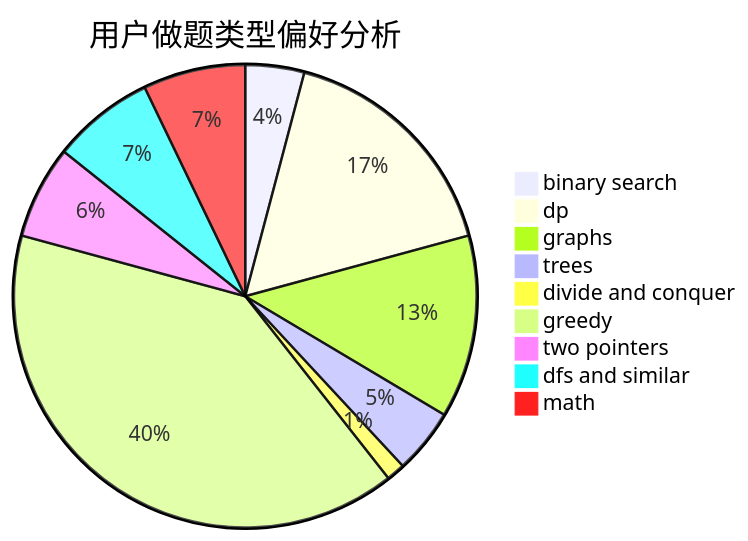
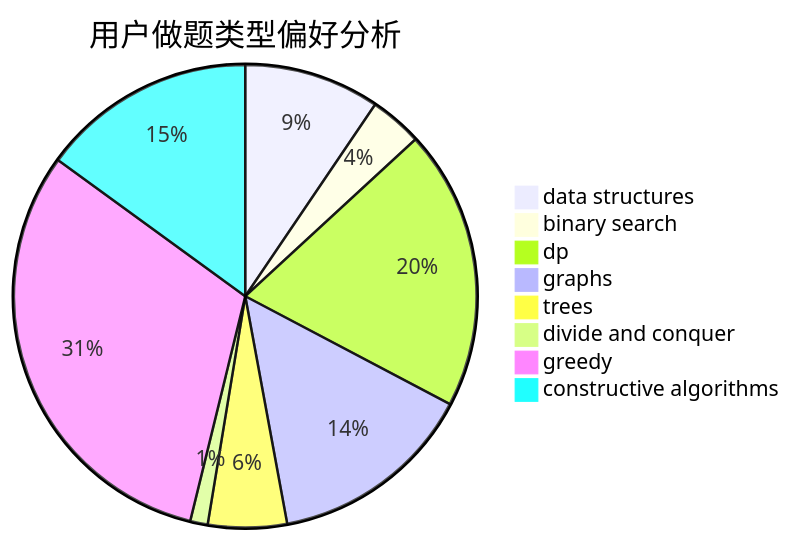
One commit to sherpahu/cfrs.github.io changed the second of 3 diagrams in docs/user/u530.md. Above: the diagram before and after it, drawn with Mermaid. The commit also changed other lines of this file and 2775 other files, not shown here.

````diff
--- a/docs/user/u530.md
+++ b/docs/user/u530.md
@@ -23,12 +23,11 @@
 ```mermaid
 pie title 用户做题类型偏好分析
-    "binary search" :  19
-    "dp" :  77
-    "graphs" :  59
-    "trees" :  21
-    "divide and conquer" :  6
-    "greedy" :  184
-    "two pointers" :  30
-    "dfs and similar" :  33
-    "math" :  33
+    "data structures" :  31
+    "binary search" :  12
+    "dp" :  64
+    "graphs" :  47
+    "trees" :  18
+    "divide and conquer" :  4
+    "greedy" :  102
+    "constructive algorithms" :  49
 ```
````
